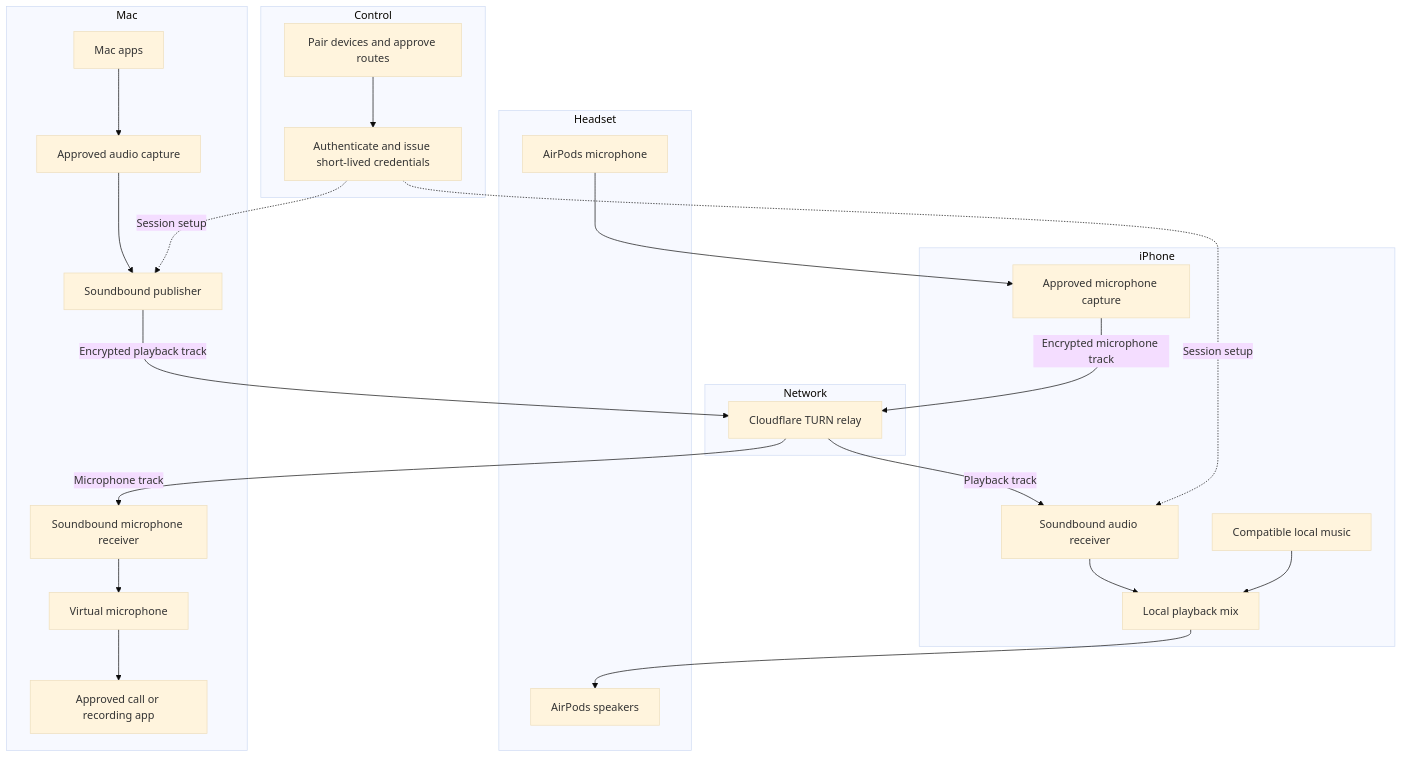
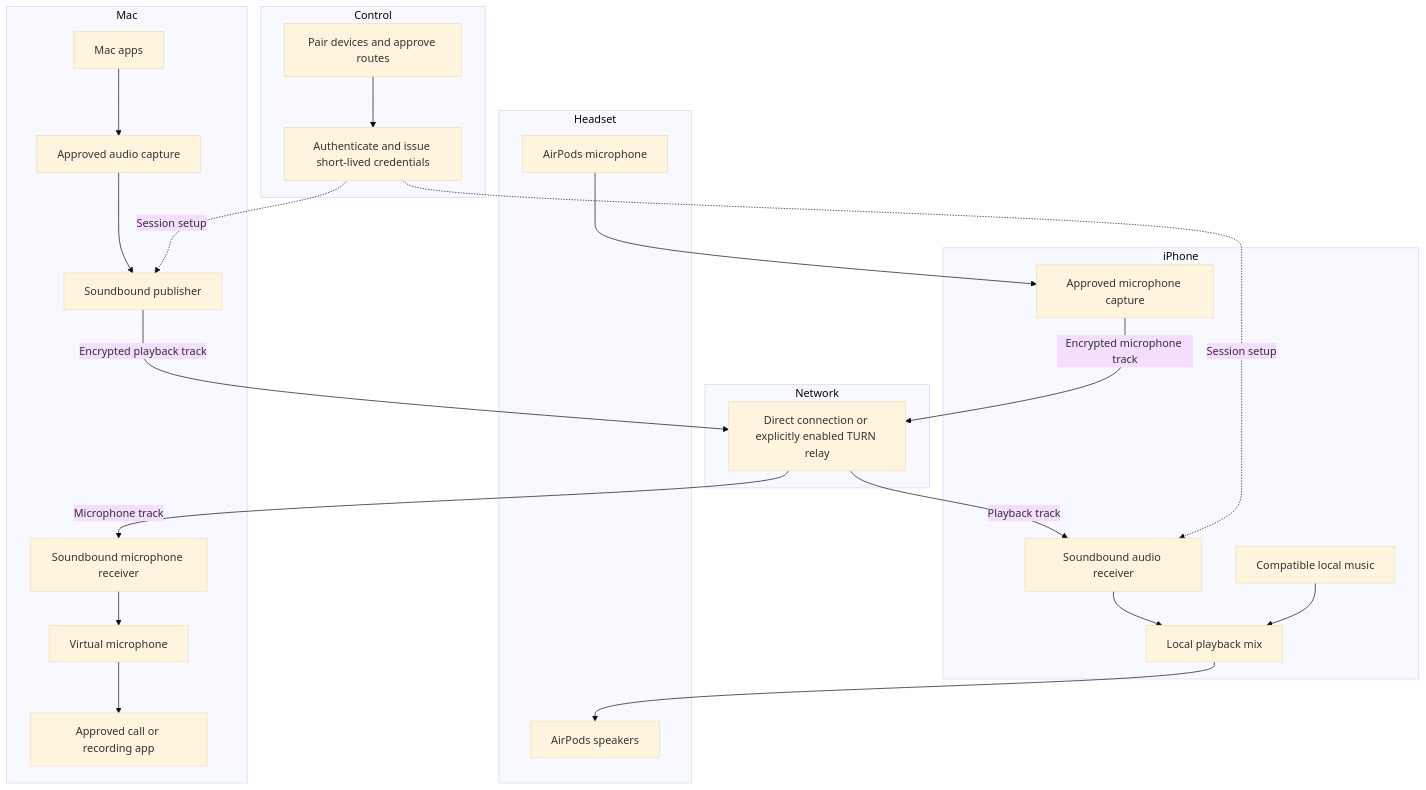
Before and after one commit to lantos1618/soundbound: the third of 5 diagrams in README.md, drawn with Mermaid (base theme). The commit also changed other lines of this file, not shown here.

Commit message:
Define layered routing, permissioned omni mode, and free direct defaults

````diff
--- a/README.md
+++ b/README.md
@@ -86,34 +130,34 @@
 ```mermaid
 flowchart TB
     subgraph Mac
         APP[Mac apps] --> CAP[Approved audio capture]
         CAP --> PUB[Soundbound publisher]
         RX[Soundbound microphone receiver] --> VM[Virtual microphone]
         VM --> CALL[Approved call or recording app]
     end
     subgraph Control
         PAIR[Pair devices and approve routes]
         AUTH[Authenticate and issue short-lived credentials]
         PAIR --> AUTH
     end
     subgraph Network
-        TURN[Cloudflare TURN relay]
+        TURN[Direct connection or explicitly enabled TURN relay]
     end
     subgraph iPhone
         REC[Soundbound audio receiver] --> MIX[Local playback mix]
         MUSIC[Compatible local music] --> MIX
         INPUT[Approved microphone capture]
     end
     subgraph Headset
         OUT[AirPods speakers]
         MIC[AirPods microphone]
     end
     PUB -->|Encrypted playback track| TURN
     TURN -->|Playback track| REC
     MIX --> OUT
     MIC --> INPUT
     INPUT -->|Encrypted microphone track| TURN
     TURN -->|Microphone track| RX
     AUTH -. Session setup .-> PUB
     AUTH -. Session setup .-> REC
 ```
````
